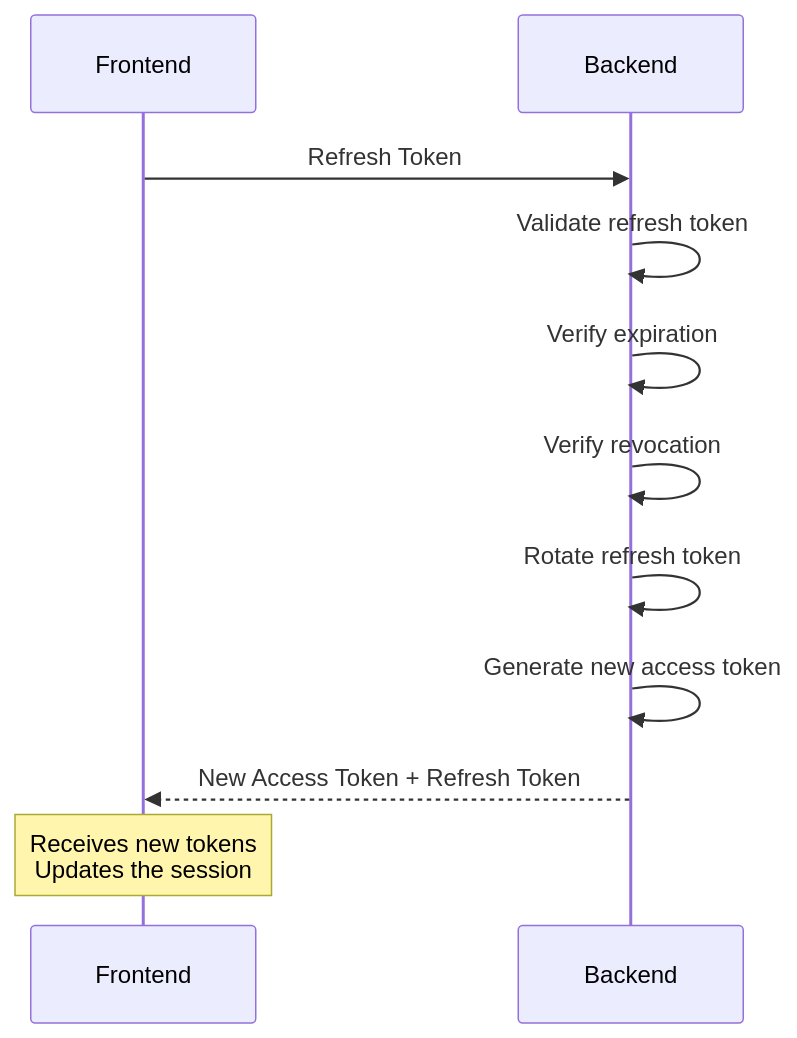
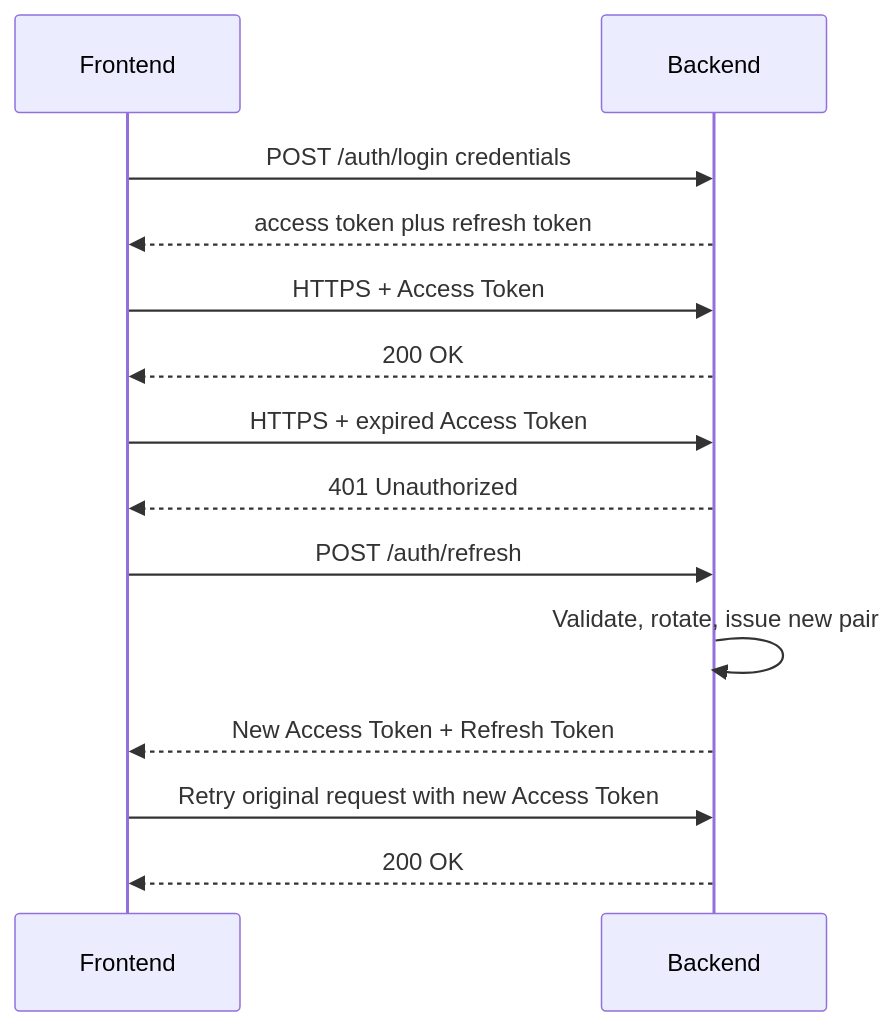
Before and after one commit to mytheondev/mytheondev: the third of 9 diagrams in src/content/blog/refresh-tokens-do-not-keep-access-tokens-alive.md, drawn with Mermaid. The commit also changed other lines of this file and 33 other files, not shown here.

````diff
--- a/src/content/blog/refresh-tokens-do-not-keep-access-tokens-alive.md
+++ b/src/content/blog/refresh-tokens-do-not-keep-access-tokens-alive.md
@@ -140,17 +98,17 @@
 ```mermaid
 sequenceDiagram
     participant F as Frontend
     participant B as Backend
 
-    F->>B: Refresh Token
-
-    B->>B: Validate refresh token
-    B->>B: Verify expiration
-    B->>B: Verify revocation
-    B->>B: Rotate refresh token
-    B->>B: Generate new access token
-
+    F->>B: POST /auth/login credentials
+    B-->>F: access token plus refresh token
+    F->>B: HTTPS + Access Token
+    B-->>F: 200 OK
+    F->>B: HTTPS + expired Access Token
+    B-->>F: 401 Unauthorized
+    F->>B: POST /auth/refresh
+    B->>B: Validate, rotate, issue new pair
     B-->>F: New Access Token + Refresh Token
-
-    Note over F: Receives new tokens<br/>Updates the session
+    F->>B: Retry original request with new Access Token
+    B-->>F: 200 OK
 ```
````
